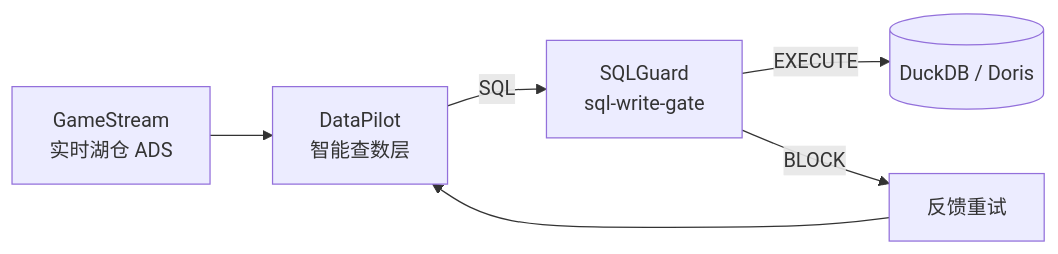
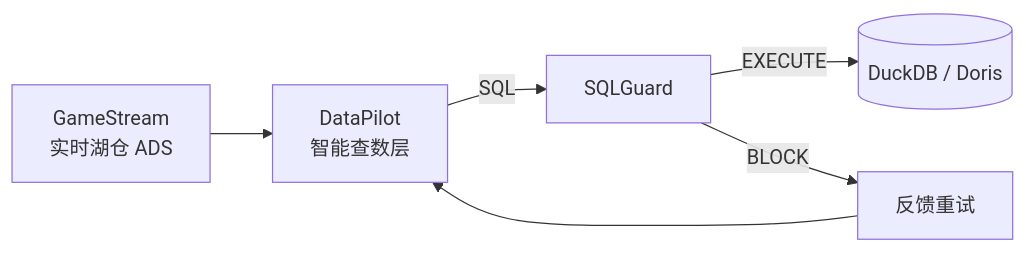
The diagram in README.md (tangyf07/DataPilot), drawn with Mermaid before and after one commit. The commit also changed other lines of this file, not shown here.

Commit message:
docs: freeze narrative as optional integration; update SQLGuard links

````diff
--- a/README.md
+++ b/README.md
@@ -7,8 +9,8 @@
 ```mermaid
 flowchart LR
   GS[GameStream<br/>实时湖仓 ADS] --> DP[DataPilot<br/>智能查数层]
-  DP -->|SQL| SG[SQLGuard<br/>sql-write-gate]
+  DP -->|SQL| SG[SQLGuard]
   SG -->|EXECUTE| DB[(DuckDB / Doris)]
   SG -->|BLOCK| R[反馈重试]
   R --> DP
 ```
````
